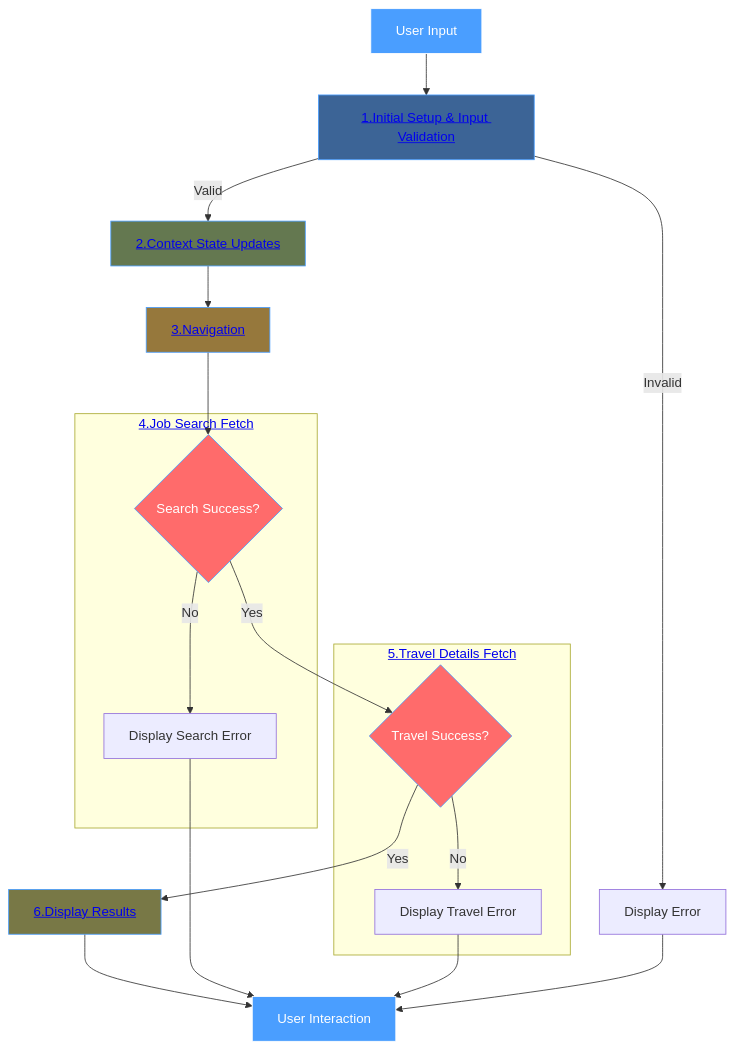
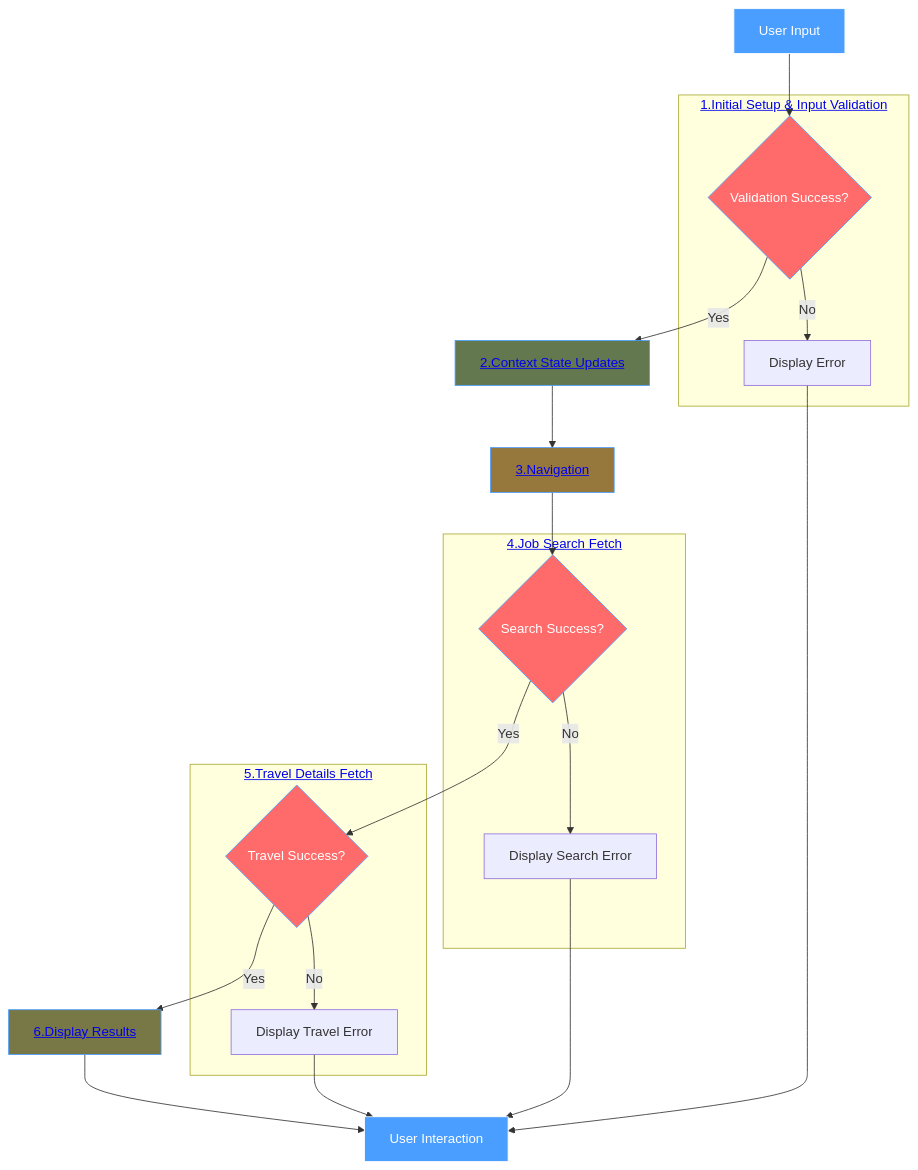
Before and after one commit to YahyaAl-Ademi/2025.10.23-JobCompass: the diagram in documentation/jobFetch/_JobFetchFlowchart.md, drawn with Mermaid.

Commit message:
Refactor job fetch flowchart to introduce a validation step, enhancing clarity by distinguishing between validation success and error display, while maintaining the overall flow structure.

````diff
--- a/documentation/jobFetch/_JobFetchFlowchart.md
+++ b/documentation/jobFetch/_JobFetchFlowchart.md
@@ -1,29 +1,31 @@
 ```mermaid
 flowchart TD
-    A[User Input] --> B["<a href='./1.Initial%20Setup%20&%20Input%20Validation.md'>1.Initial Setup & Input Validation</a>"]
-    B -->|Valid| C["<a href='./2.Context%20State%20Updates.md'>2.Context State Updates</a>"]
-    B -->|Invalid| Z[Display Error]
+    A[User Input] --> V{Validation Success?}
+    subgraph Validation["<a href='./1.Initial%20Setup%20&%20Input%20Validation.md'>1.Initial Setup & Input Validation</a>"]
+    V -->|No| Z[Display Error]
+    end
+    V -->|Yes| C["<a href='./2.Context%20State%20Updates.md'>2.Context State Updates</a>"]
     C --> D["<a href='./3.Navigation.md'>3.Navigation</a>"]
     D --> F{Search Success?}
     subgraph JobSearch["<a href='./4.Job%20Search%20Fetch.md'>4.Job Search Fetch</a>"]
     F -->|No| H[Display Search Error]
     end
     F -->|Yes| I{Travel Success?}
     subgraph TravelDetails["<a href='./5.Travel%20Details%20Fetch.md'>5.Travel Details Fetch</a>"]
     I -->|No| K[Display Travel Error]
     end
     I -->|Yes| J["<a href='./6.Display%20Results.md'>6.Display Results</a>"]
     J --> L[User Interaction]
     H --> L
     K --> L
     Z --> L
 
     style A fill:#4a9eff,stroke:#fff,color:#fff
-    style B fill:#3c6496,stroke:#4a9eff,color:#fff
+    style V fill:#ff6b6b,stroke:#4a9eff,color:#fff
     style C fill:#647850,stroke:#4a9eff,color:#fff
     style D fill:#96783c,stroke:#4a9eff,color:#fff
     style F fill:#ff6b6b,stroke:#4a9eff,color:#fff
     style I fill:#ff6b6b,stroke:#4a9eff,color:#fff
     style J fill:#787846,stroke:#4a9eff,color:#fff
     style L fill:#4a9eff,stroke:#fff,color:#fff
 ```
````
